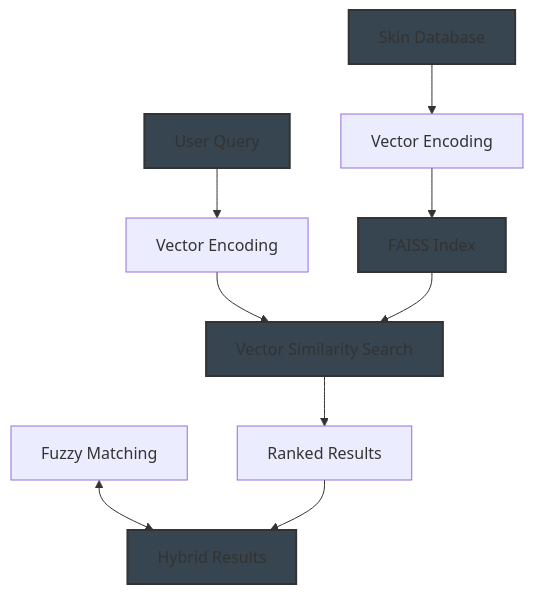
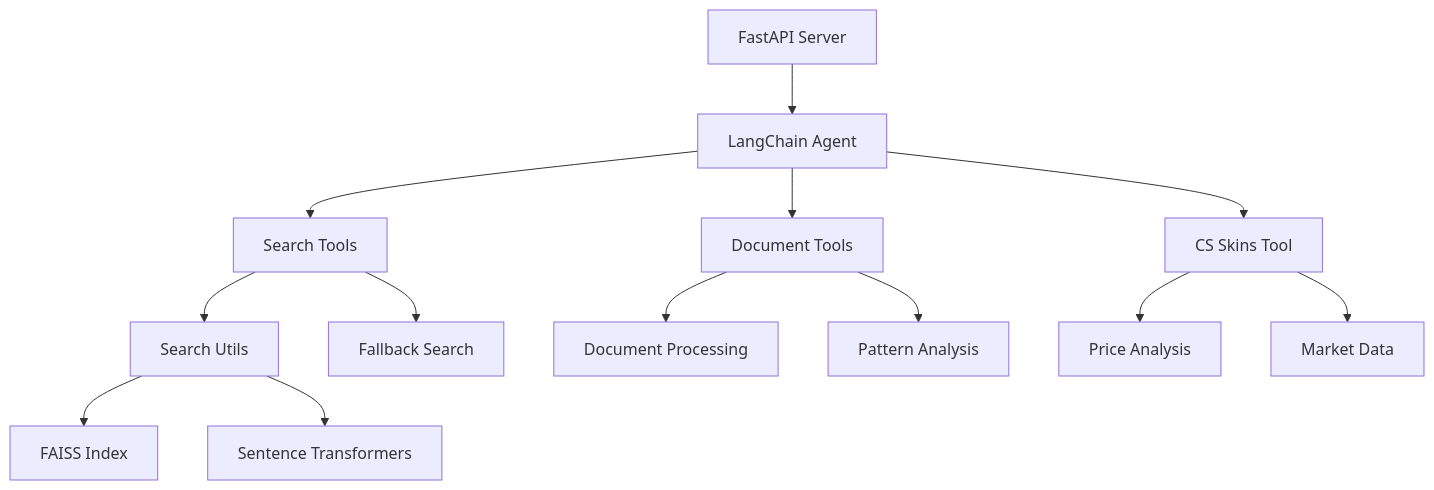
Before and after one commit to baasilali/2m-backend: the diagram in README.md, drawn with Mermaid. The commit also changed other lines of this file, not shown here.

Commit message:
Update README with comprehensive architecture documentation and setup instructions

````diff
--- a/README.md
+++ b/README.md
@@ -40,20 +7,19 @@
 ```mermaid
 graph TD
-    A[Skin Database] --> B[Vector Encoding]
-    B --> C[FAISS Index]
+    A[FastAPI Server] --> B[LangChain Agent]
+    B --> C[Search Tools]
+    B --> D[Document Tools]
+    B --> E[CS Skins Tool]
     
-    D[User Query] --> E[Vector Encoding]
-    E --> F[Vector Similarity Search]
+    C --> F[Search Utils]
+    C --> G[Fallback Search]
     
-    C --> F
-    F --> G[Ranked Results]
+    F --> H[FAISS Index]
+    F --> I[Sentence Transformers]
     
-    H[Fuzzy Matching] <--> I[Hybrid Results]
-    G --> I
+    D --> J[Document Processing]
+    D --> K[Pattern Analysis]
     
-    style A fill:#36454F,stroke:#333,stroke-width:2px
-    style D fill:#36454F,stroke:#333,stroke-width:2px
-    style C fill:#36454F,stroke:#333,stroke-width:2px
-    style F fill:#36454F,stroke:#333,stroke-width:2px
-    style I fill:#36454F,stroke:#333,stroke-width:2px
+    E --> L[Price Analysis]
+    E --> M[Market Data]
 ```
````
